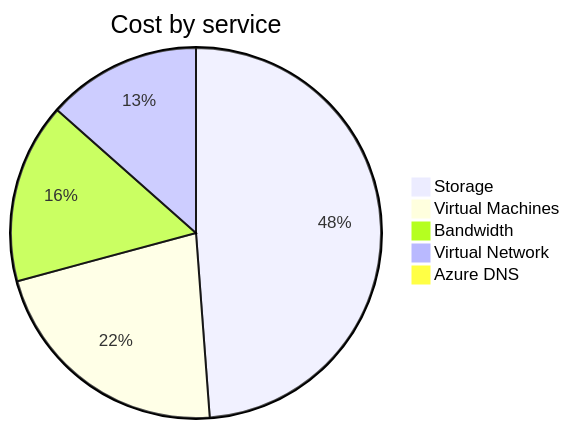
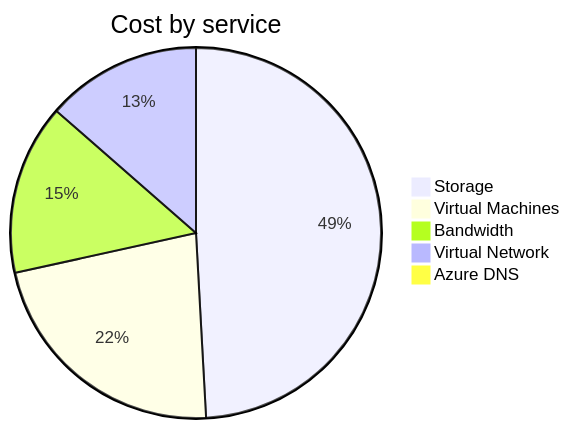
The second of 4 diagrams in cost-reports/personal-network/README.md (jpfulton/azure-personal-reports), drawn with Mermaid before and after one commit. The commit also changed other lines of this file and 8 other files, not shown here.

````diff
--- a/cost-reports/personal-network/README.md
+++ b/cost-reports/personal-network/README.md
@@ -97,9 +97,9 @@
 ```mermaid
 pie
    title Cost by service
-   "Storage" : 5.15
-   "Virtual Machines" : 2.32
-   "Bandwidth" : 1.66
-   "Virtual Network" : 1.42
-   "Azure DNS" : 0.10
+   "Storage" : 5.94
+   "Virtual Machines" : 2.71
+   "Bandwidth" : 1.80
+   "Virtual Network" : 1.64
+   "Azure DNS" : 0.11
 ```
````
